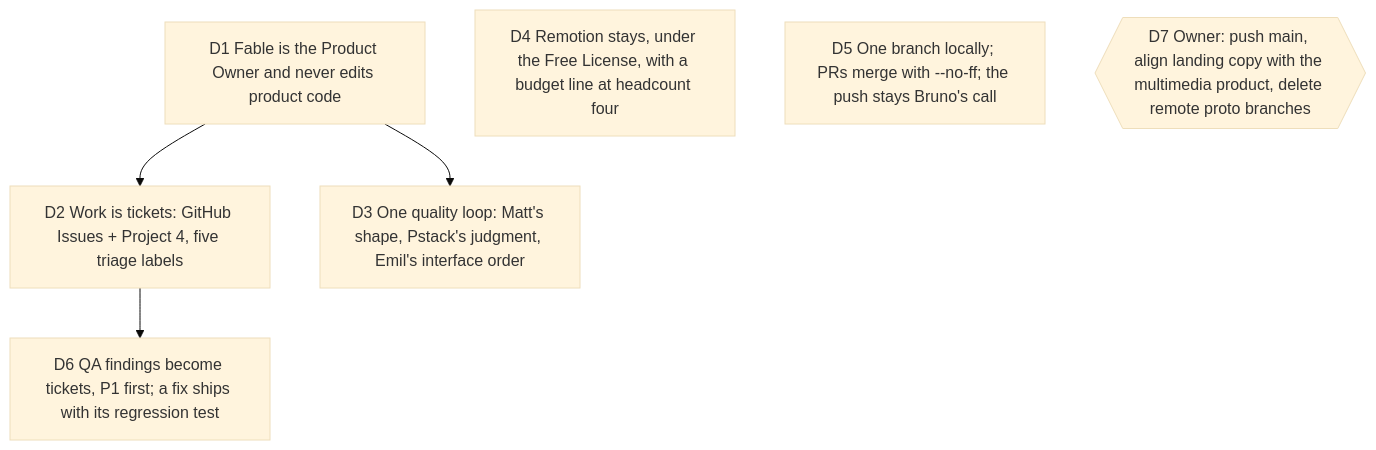
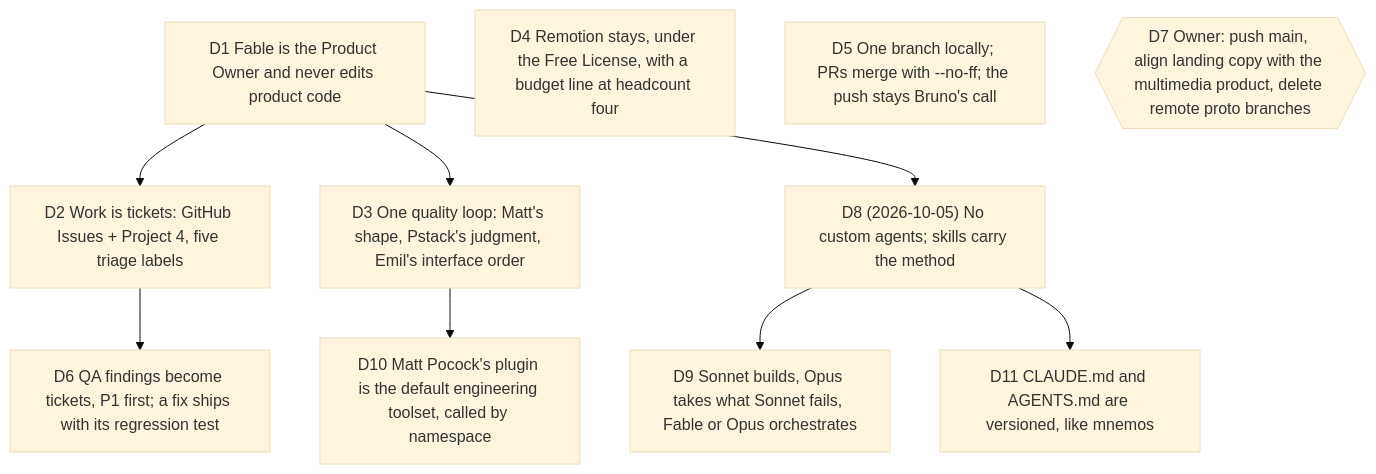
Before and after one commit to delhombre/typelapse: the diagram in docs/decisions/2026-10-03-operating-model.md, drawn with Mermaid (base theme). The commit also changed other lines of this file and 6 other files, not shown here.

First line of the commit message:
docs(agents): skills, not agents; Sonnet builds, Opus takes what it fails; CLAUDE.md versioned

````diff
--- a/docs/decisions/2026-10-03-operating-model.md
+++ b/docs/decisions/2026-10-03-operating-model.md
@@ -23,9 +23,13 @@
 ```mermaid
 flowchart TD
   D1["D1 Fable is the Product Owner and never edits product code"] --> D2["D2 Work is tickets: GitHub Issues + Project 4, five triage labels"]
   D1 --> D3["D3 One quality loop: Matt's shape, Pstack's judgment, Emil's interface order"]
   D4["D4 Remotion stays, under the Free License, with a budget line at headcount four"]
   D5["D5 One branch locally; PRs merge with --no-ff; the push stays Bruno's call"]
   D2 --> D6["D6 QA findings become tickets, P1 first; a fix ships with its regression test"]
   D7{{"D7 Owner: push main, align landing copy with the multimedia product, delete remote proto branches"}}
+  D1 --> D8["D8 (2026-10-05) No custom agents; skills carry the method"]
+  D8 --> D9["D9 Sonnet builds, Opus takes what Sonnet fails, Fable or Opus orchestrates"]
+  D3 --> D10["D10 Matt Pocock's plugin is the default engineering toolset, called by namespace"]
+  D8 --> D11["D11 CLAUDE.md and AGENTS.md are versioned, like mnemos"]
 ```
````
